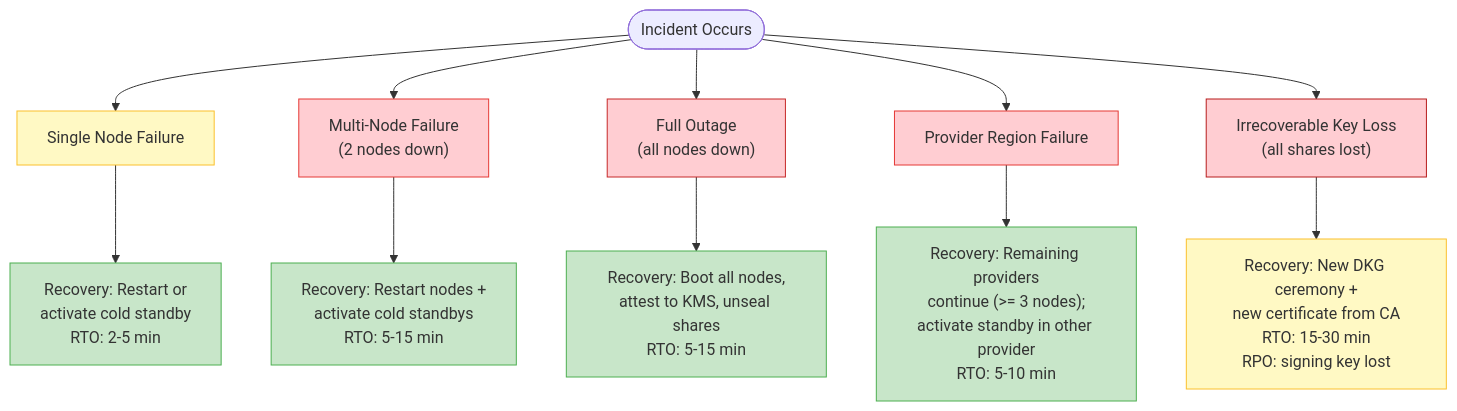
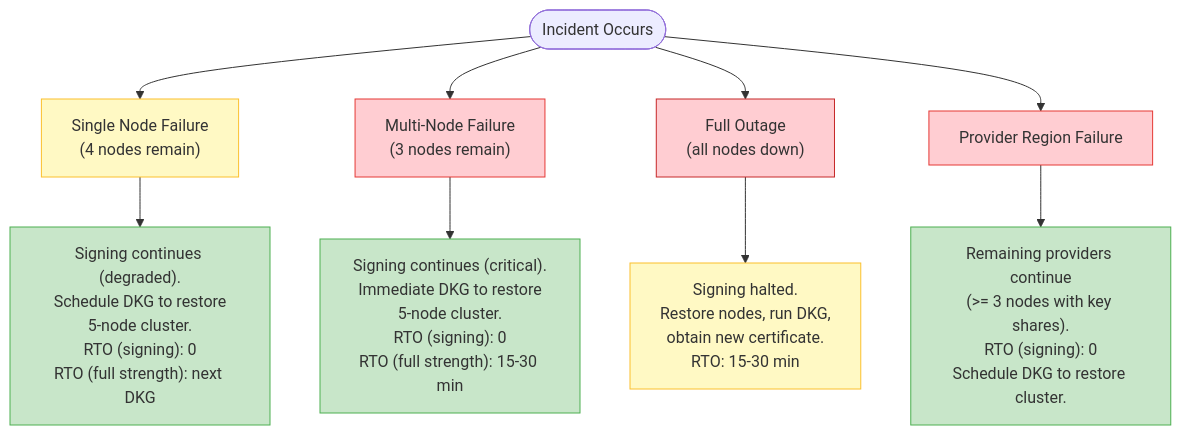
Before and after one commit to NickBorgers/confidential-computing-tsa: the seventh of 7 diagrams in docs/05-operations-and-deployment.md, drawn with Mermaid. The commit also changed other lines of this file and 1 other file, not shown here.

First line of the commit message:
Adopt immutable software + ephemeral key model (Phase 2)

````diff
--- a/docs/05-operations-and-deployment.md
+++ b/docs/05-operations-and-deployment.md
@@ -981,34 +970,29 @@
 ```mermaid
 flowchart TD
     INCIDENT(["Incident Occurs"])
 
-    SINGLE["Single Node Failure"]
-    MULTI["Multi-Node Failure<br/>(2 nodes down)"]
+    SINGLE["Single Node Failure<br/>(4 nodes remain)"]
+    MULTI["Multi-Node Failure<br/>(3 nodes remain)"]
     FULL["Full Outage<br/>(all nodes down)"]
     REGION["Provider Region Failure"]
-    KEY_LOSS["Irrecoverable Key Loss<br/>(all shares lost)"]
 
-    SINGLE_R["Recovery: Restart or<br/>activate cold standby<br/>RTO: 2-5 min"]
-    MULTI_R["Recovery: Restart nodes +<br/>activate cold standbys<br/>RTO: 5-15 min"]
-    FULL_R["Recovery: Boot all nodes,<br/>attest to KMS, unseal shares<br/>RTO: 5-15 min"]
-    REGION_R["Recovery: Remaining providers<br/>continue (>= 3 nodes);<br/>activate standby in other provider<br/>RTO: 5-10 min"]
-    KEY_LOSS_R["Recovery: New DKG ceremony +<br/>new certificate from CA<br/>RTO: 15-30 min<br/>RPO: signing key lost"]
+    SINGLE_R["Signing continues (degraded).<br/>Schedule DKG to restore<br/>5-node cluster.<br/>RTO (signing): 0<br/>RTO (full strength): next DKG"]
+    MULTI_R["Signing continues (critical).<br/>Immediate DKG to restore<br/>5-node cluster.<br/>RTO (signing): 0<br/>RTO (full strength): 15-30 min"]
+    FULL_R["Signing halted.<br/>Restore nodes, run DKG,<br/>obtain new certificate.<br/>RTO: 15-30 min"]
+    REGION_R["Remaining providers continue<br/>(>= 3 nodes with key shares).<br/>RTO (signing): 0<br/>Schedule DKG to restore cluster."]
 
-    INCIDENT --> SINGLE & MULTI & FULL & REGION & KEY_LOSS
+    INCIDENT --> SINGLE & MULTI & FULL & REGION
     SINGLE --> SINGLE_R
     MULTI --> MULTI_R
     FULL --> FULL_R
     REGION --> REGION_R
-    KEY_LOSS --> KEY_LOSS_R
 
     style SINGLE fill:#fff9c4,stroke:#fbc02d
     style MULTI fill:#ffcdd2,stroke:#e53935
     style FULL fill:#ffcdd2,stroke:#c62828
     style REGION fill:#ffcdd2,stroke:#e53935
-    style KEY_LOSS fill:#ffcdd2,stroke:#b71c1c
     style SINGLE_R fill:#c8e6c9,stroke:#4caf50
     style MULTI_R fill:#c8e6c9,stroke:#4caf50
-    style FULL_R fill:#c8e6c9,stroke:#4caf50
+    style FULL_R fill:#fff9c4,stroke:#fbc02d
     style REGION_R fill:#c8e6c9,stroke:#4caf50
-    style KEY_LOSS_R fill:#fff9c4,stroke:#fbc02d
 ```
````
